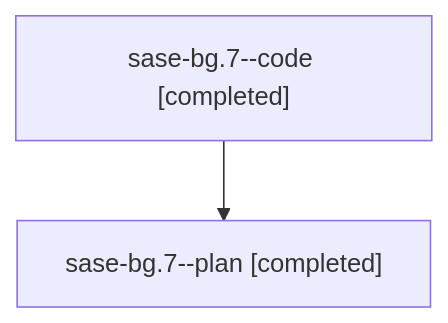
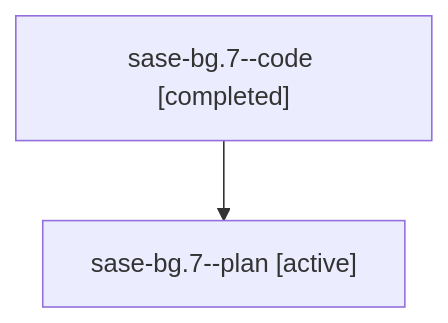
One commit to sase-org/sase--agents changed the diagram in families/bbugyi200.athena.sase-bg.7.md. Above: the diagram before and after it, drawn with Mermaid. The commit also changed other lines of this file and 5813 other files, not shown here.

````diff
--- a/families/bbugyi200.athena.sase-bg.7.md
+++ b/families/bbugyi200.athena.sase-bg.7.md
@@ -9,6 +9,6 @@
 ```mermaid
 flowchart TD
   n0["sase-bg.7--code [completed]"]
-  n1["sase-bg.7--plan [completed]"]
+  n1["sase-bg.7--plan [active]"]
   n0 --> n1
 ```
````
